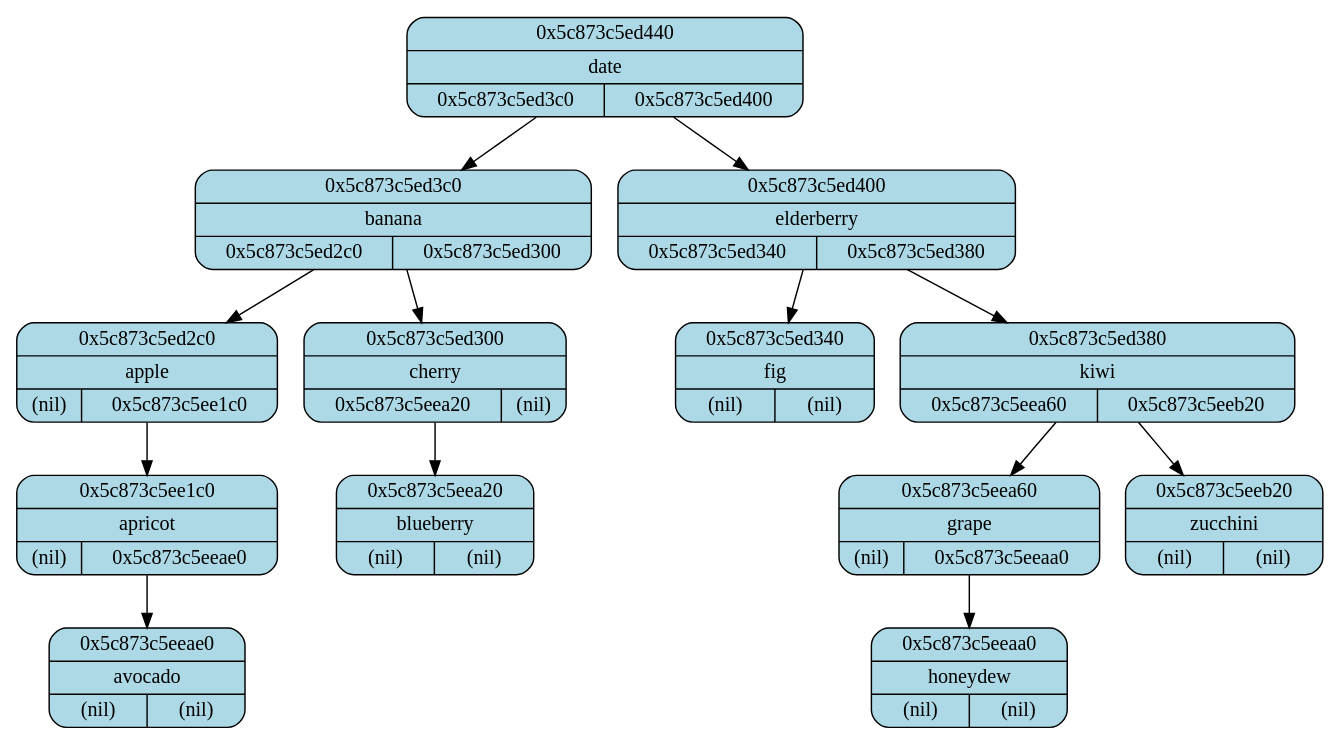
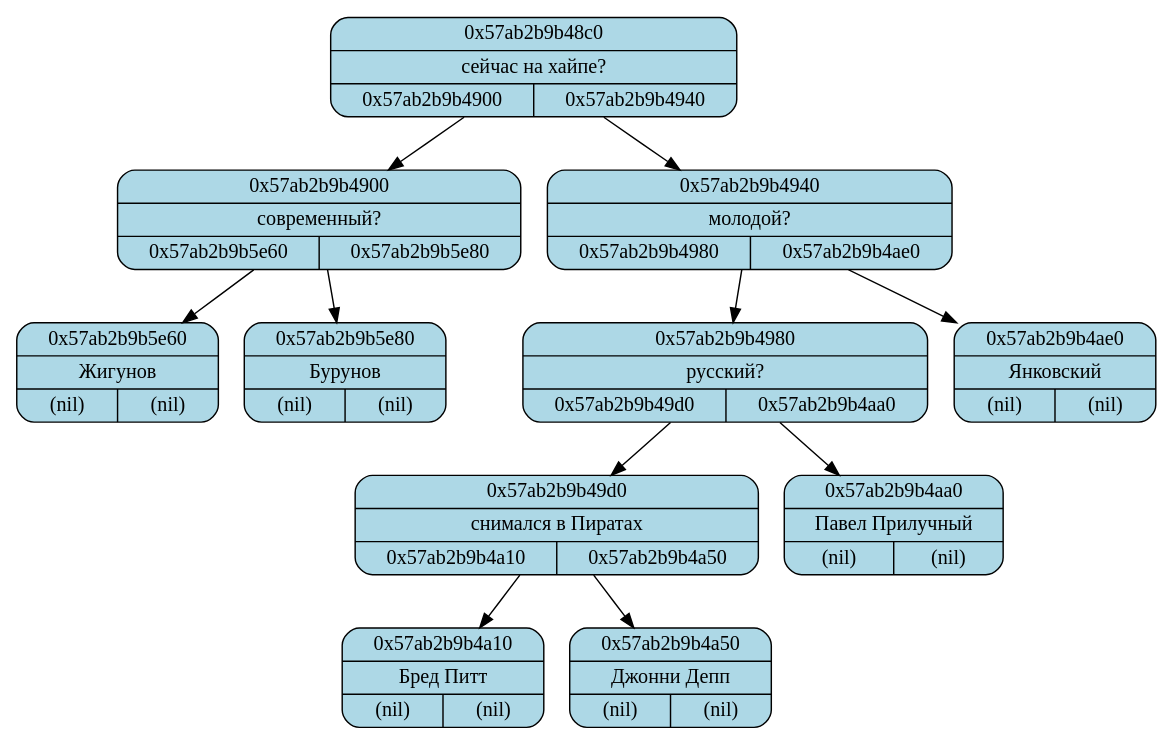
The diagram in tree.dot (satooomikk11/Tree), drawn with Graphviz before and after one commit. The commit also changed 19 other files, not shown here.

```diff
--- a/tree.dot
+++ b/tree.dot
@@ -1,29 +1,25 @@
 digraph Tree
 {
 
-	node0x5c873c5ed440[shape=Mrecord, style="rounded, filled", fillcolor="lightblue", label="{0x5c873c5ed440 | {date} | {0x5c873c5ed3c0 | 0x5c873c5ed400}}"]
-	node0x5c873c5ed440 -> node0x5c873c5ed3c0
-	node0x5c873c5ed3c0[shape=Mrecord, style="rounded, filled", fillcolor="lightblue", label="{0x5c873c5ed3c0 | {banana} | {0x5c873c5ed2c0 | 0x5c873c5ed300}}"]
-	node0x5c873c5ed3c0 -> node0x5c873c5ed2c0
-	node0x5c873c5ed2c0[shape=Mrecord, style="rounded, filled", fillcolor="lightblue", label="{0x5c873c5ed2c0 | {apple} | {(nil) | 0x5c873c5ee1c0}}"]
-	node0x5c873c5ed2c0 -> node0x5c873c5ee1c0
-	node0x5c873c5ee1c0[shape=Mrecord, style="rounded, filled", fillcolor="lightblue", label="{0x5c873c5ee1c0 | {apricot} | {(nil) | 0x5c873c5eeae0}}"]
-	node0x5c873c5ee1c0 -> node0x5c873c5eeae0
-	node0x5c873c5eeae0[shape=Mrecord, style="rounded, filled", fillcolor="lightblue", label="{0x5c873c5eeae0 | {avocado} | {(nil) | (nil)}}"]
-	node0x5c873c5ed3c0 -> node0x5c873c5ed300
-	node0x5c873c5ed300[shape=Mrecord, style="rounded, filled", fillcolor="lightblue", label="{0x5c873c5ed300 | {cherry} | {0x5c873c5eea20 | (nil)}}"]
-	node0x5c873c5ed300 -> node0x5c873c5eea20
-	node0x5c873c5eea20[shape=Mrecord, style="rounded, filled", fillcolor="lightblue", label="{0x5c873c5eea20 | {blueberry} | {(nil) | (nil)}}"]
-	node0x5c873c5ed440 -> node0x5c873c5ed400
-	node0x5c873c5ed400[shape=Mrecord, style="rounded, filled", fillcolor="lightblue", label="{0x5c873c5ed400 | {elderberry} | {0x5c873c5ed340 | 0x5c873c5ed380}}"]
-	node0x5c873c5ed400 -> node0x5c873c5ed340
-	node0x5c873c5ed340[shape=Mrecord, style="rounded, filled", fillcolor="lightblue", label="{0x5c873c5ed340 | {fig} | {(nil) | (nil)}}"]
-	node0x5c873c5ed400 -> node0x5c873c5ed380
-	node0x5c873c5ed380[shape=Mrecord, style="rounded, filled", fillcolor="lightblue", label="{0x5c873c5ed380 | {kiwi} | {0x5c873c5eea60 | 0x5c873c5eeb20}}"]
-	node0x5c873c5ed380 -> node0x5c873c5eea60
-	node0x5c873c5eea60[shape=Mrecord, style="rounded, filled", fillcolor="lightblue", label="{0x5c873c5eea60 | {grape} | {(nil) | 0x5c873c5eeaa0}}"]
-	node0x5c873c5eea60 -> node0x5c873c5eeaa0
-	node0x5c873c5eeaa0[shape=Mrecord, style="rounded, filled", fillcolor="lightblue", label="{0x5c873c5eeaa0 | {honeydew} | {(nil) | (nil)}}"]
-	node0x5c873c5ed380 -> node0x5c873c5eeb20
-	node0x5c873c5eeb20[shape=Mrecord, style="rounded, filled", fillcolor="lightblue", label="{0x5c873c5eeb20 | {zucchini} | {(nil) | (nil)}}"]
+	node0x57ab2b9b48c0[shape=Mrecord, style="rounded, filled", fillcolor="lightblue", label="{0x57ab2b9b48c0 | {сейчас на хайпе?} | {0x57ab2b9b4900 | 0x57ab2b9b4940}}"]
+	node0x57ab2b9b48c0 -> node0x57ab2b9b4900
+	node0x57ab2b9b4900[shape=Mrecord, style="rounded, filled", fillcolor="lightblue", label="{0x57ab2b9b4900 | {современный?} | {0x57ab2b9b5e60 | 0x57ab2b9b5e80}}"]
+	node0x57ab2b9b4900 -> node0x57ab2b9b5e60
+	node0x57ab2b9b5e60[shape=Mrecord, style="rounded, filled", fillcolor="lightblue", label="{0x57ab2b9b5e60 | {Жигунов} | {(nil) | (nil)}}"]
+	node0x57ab2b9b4900 -> node0x57ab2b9b5e80
+	node0x57ab2b9b5e80[shape=Mrecord, style="rounded, filled", fillcolor="lightblue", label="{0x57ab2b9b5e80 | {Бурунов} | {(nil) | (nil)}}"]
+	node0x57ab2b9b48c0 -> node0x57ab2b9b4940
+	node0x57ab2b9b4940[shape=Mrecord, style="rounded, filled", fillcolor="lightblue", label="{0x57ab2b9b4940 | {молодой?} | {0x57ab2b9b4980 | 0x57ab2b9b4ae0}}"]
+	node0x57ab2b9b4940 -> node0x57ab2b9b4980
+	node0x57ab2b9b4980[shape=Mrecord, style="rounded, filled", fillcolor="lightblue", label="{0x57ab2b9b4980 | {русский?} | {0x57ab2b9b49d0 | 0x57ab2b9b4aa0}}"]
+	node0x57ab2b9b4980 -> node0x57ab2b9b49d0
+	node0x57ab2b9b49d0[shape=Mrecord, style="rounded, filled", fillcolor="lightblue", label="{0x57ab2b9b49d0 | {снимался в Пиратах} | {0x57ab2b9b4a10 | 0x57ab2b9b4a50}}"]
+	node0x57ab2b9b49d0 -> node0x57ab2b9b4a10
+	node0x57ab2b9b4a10[shape=Mrecord, style="rounded, filled", fillcolor="lightblue", label="{0x57ab2b9b4a10 | {Бред Питт} | {(nil) | (nil)}}"]
+	node0x57ab2b9b49d0 -> node0x57ab2b9b4a50
+	node0x57ab2b9b4a50[shape=Mrecord, style="rounded, filled", fillcolor="lightblue", label="{0x57ab2b9b4a50 | {Джонни Депп} | {(nil) | (nil)}}"]
+	node0x57ab2b9b4980 -> node0x57ab2b9b4aa0
+	node0x57ab2b9b4aa0[shape=Mrecord, style="rounded, filled", fillcolor="lightblue", label="{0x57ab2b9b4aa0 | {Павел Прилучный} | {(nil) | (nil)}}"]
+	node0x57ab2b9b4940 -> node0x57ab2b9b4ae0
+	node0x57ab2b9b4ae0[shape=Mrecord, style="rounded, filled", fillcolor="lightblue", label="{0x57ab2b9b4ae0 | {Янковский} | {(nil) | (nil)}}"]
 }
```
